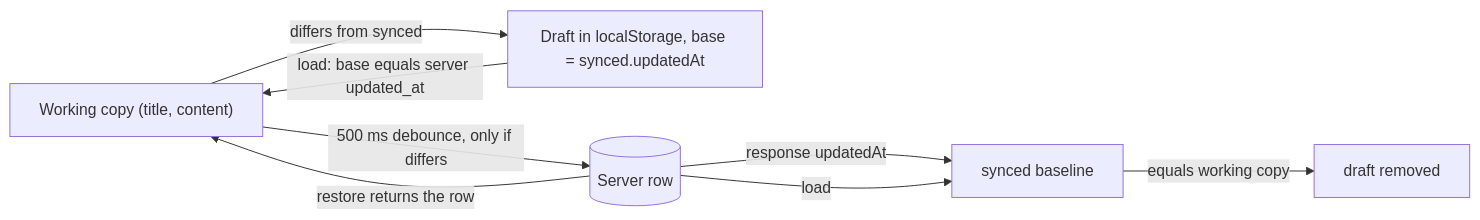
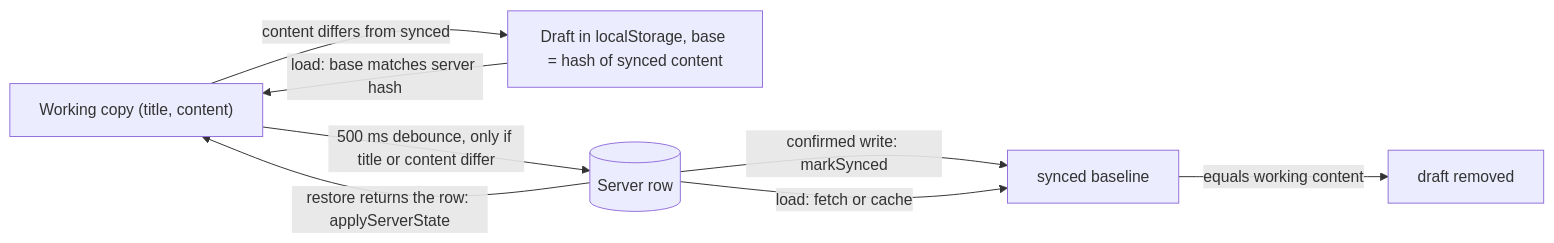
Before and after one commit to abuklea/prompthub: the diagram in PRPs/P7S1-editor-data-integrity.md, drawn with Mermaid. The commit also changed other lines of this file and 5 other files, not shown here.

````diff
--- a/PRPs/P7S1-editor-data-integrity.md
+++ b/PRPs/P7S1-editor-data-integrity.md
@@ -340,10 +163,10 @@
 ```mermaid
 flowchart LR
-  W["Working copy (title, content)"] -- "differs from synced" --> D["Draft in localStorage, base = synced.updatedAt"]
-  W -- "500 ms debounce, only if differs" --> S[("Server row")]
-  S -- "response updatedAt" --> B["synced baseline"]
-  B -- "equals working copy" --> X["draft removed"]
-  S -- "load" --> B
-  D -- "load: base equals server updated_at" --> W
-  S -- "restore returns the row" --> W
+  W["Working copy (title, content)"] -- "content differs from synced" --> D["Draft in localStorage, base = hash of synced content"]
+  W -- "500 ms debounce, only if title or content differ" --> S[("Server row")]
+  S -- "confirmed write: markSynced" --> B["synced baseline"]
+  B -- "equals working content" --> X["draft removed"]
+  S -- "load: fetch or cache" --> B
+  D -- "load: base matches server hash" --> W
+  S -- "restore returns the row: applyServerState" --> W
 ```
````
